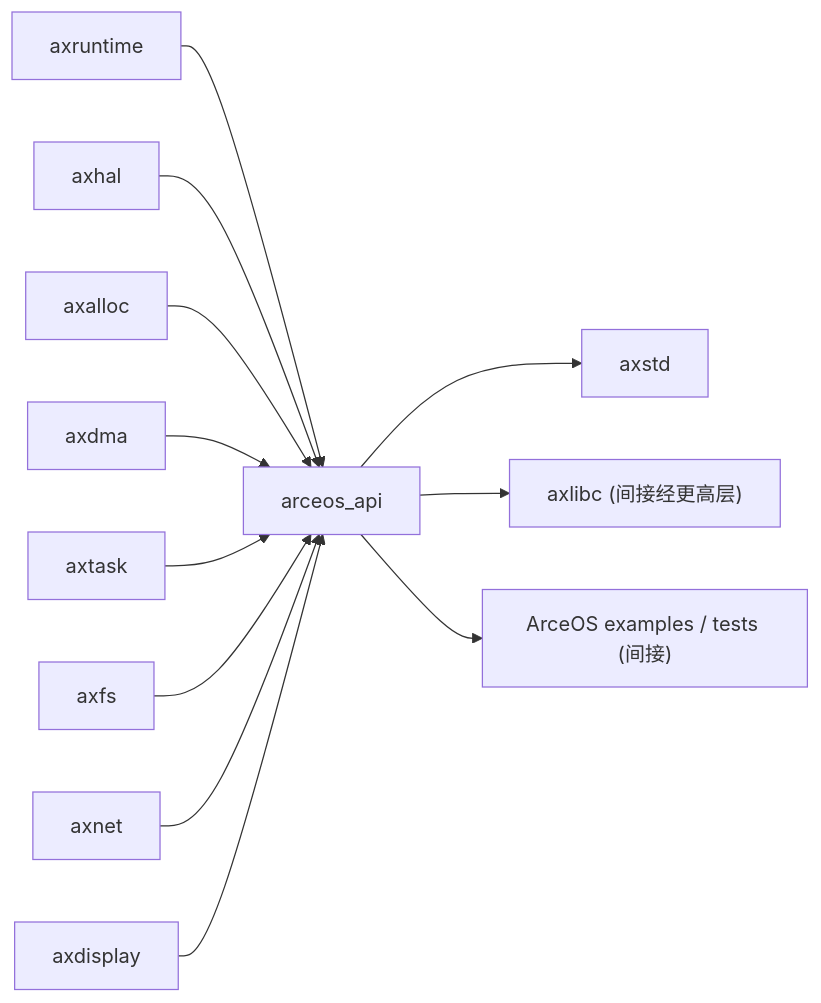
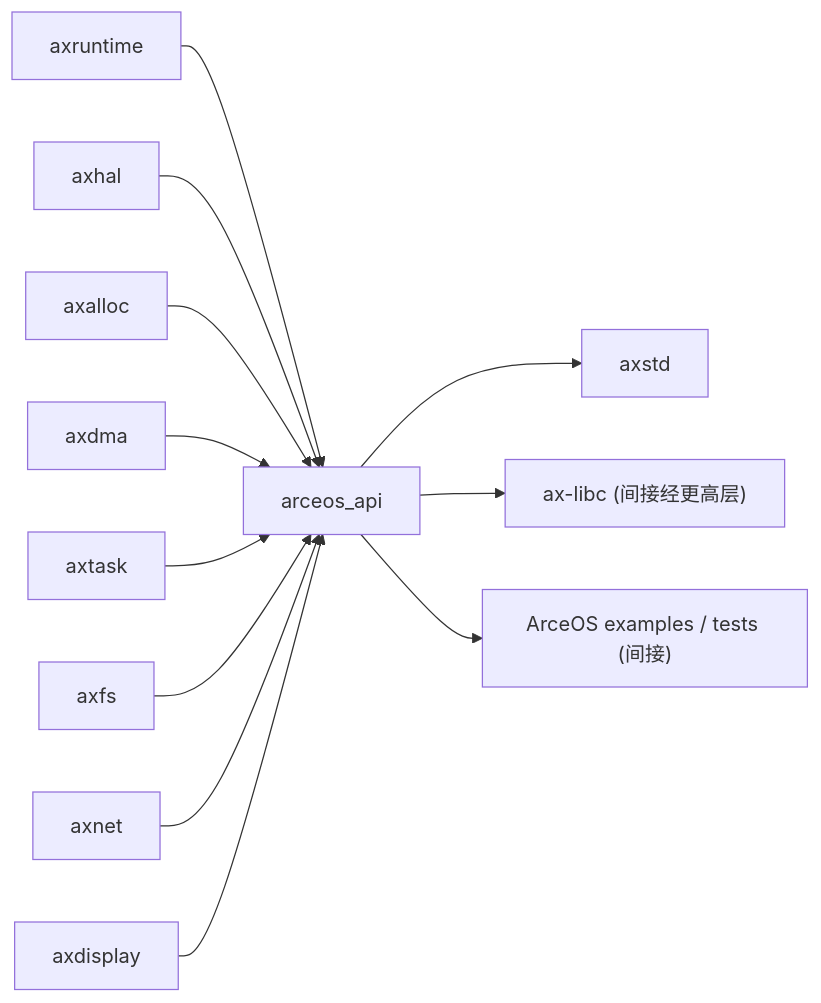
One commit to zKurisu/tgoskits changed the diagram in docs/crates/arceos_api.md. Above: the diagram before and after it, drawn with Mermaid. The commit also changed 45 other files, not shown here.

Commit message:
rename axlibc to ax-libc and complete doc migration

````diff
--- a/docs/crates/arceos_api.md
+++ b/docs/crates/arceos_api.md
@@ -110,15 +110,15 @@
 ```mermaid
 graph LR
     axruntime["axruntime"] --> arceos_api["arceos_api"]
     axhal["axhal"] --> arceos_api
     axalloc["axalloc"] --> arceos_api
     axdma["axdma"] --> arceos_api
     axtask["axtask"] --> arceos_api
     axfs["axfs"] --> arceos_api
     axnet["axnet"] --> arceos_api
     axdisplay["axdisplay"] --> arceos_api
 
     arceos_api --> axstd["axstd"]
-    arceos_api --> axlibc["axlibc (间接经更高层)"]
+    arceos_api --> ax-libc["ax-libc (间接经更高层)"]
     arceos_api --> arceos_examples["ArceOS examples / tests (间接)"]
 ```
````
